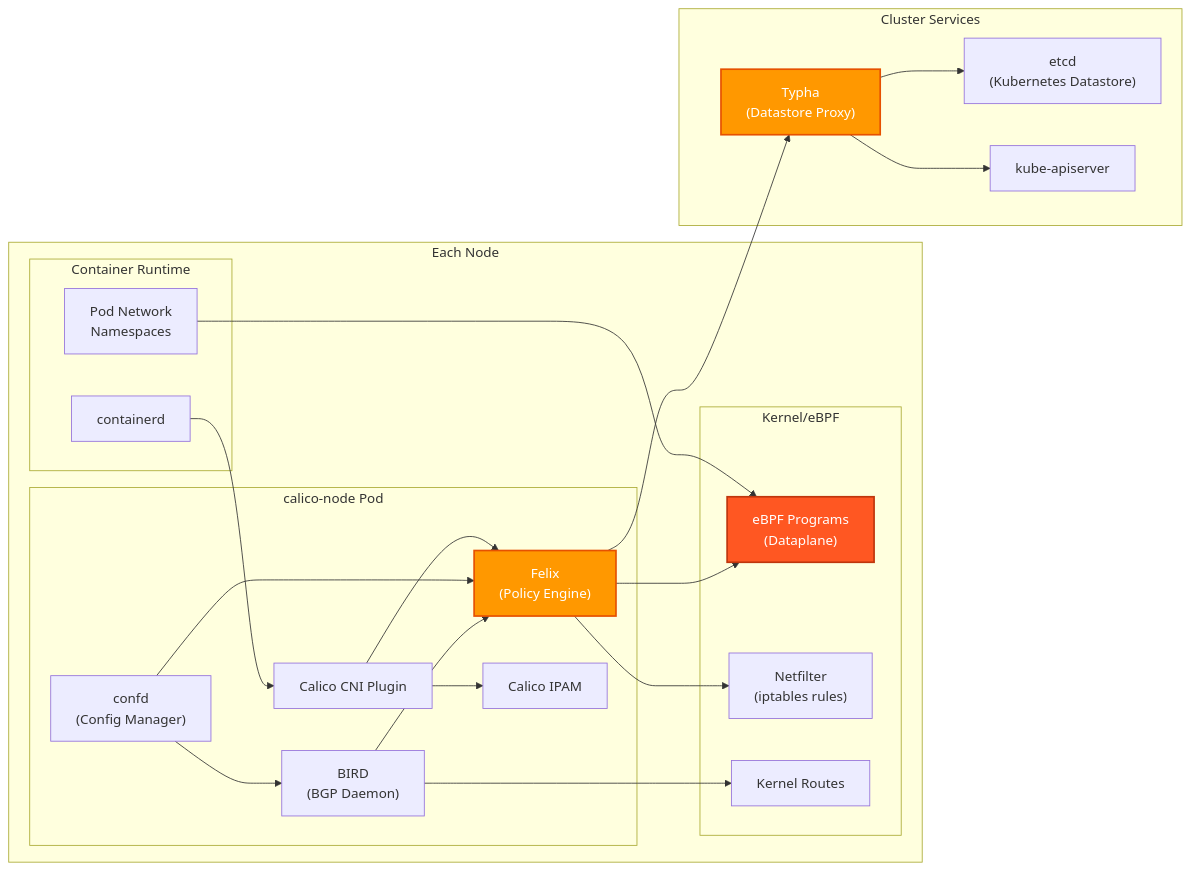
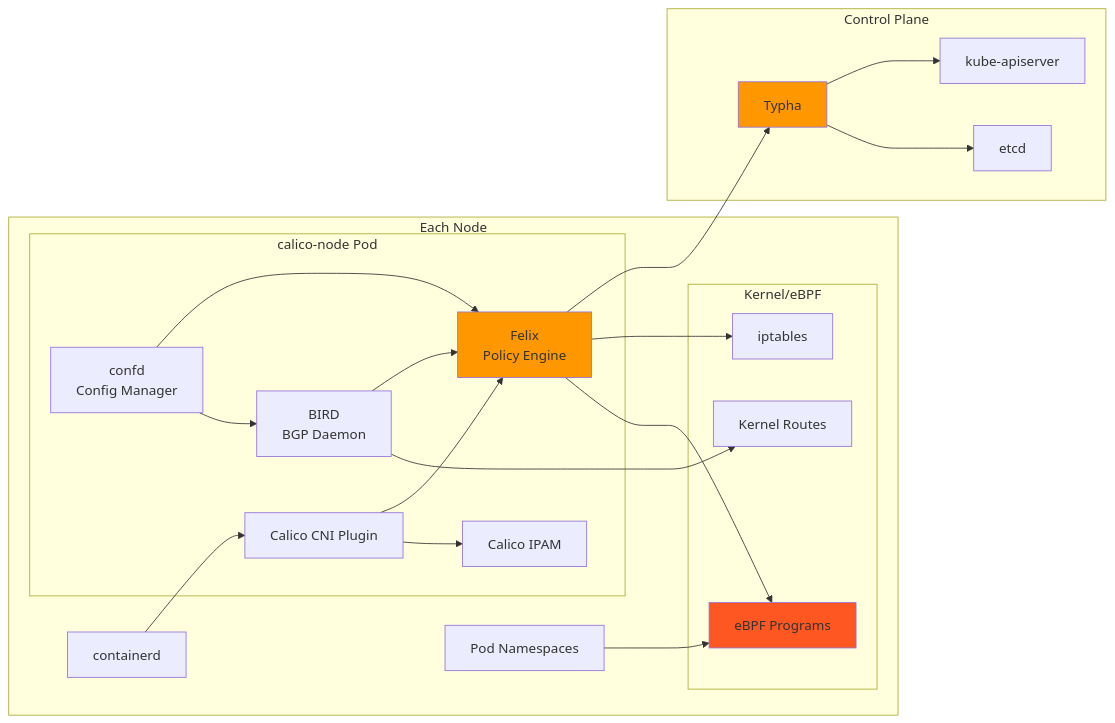
Before and after one commit to mkm29/uds-k3d-calico: the second of 3 diagrams in README.md, drawn with Mermaid. The commit also changed other lines of this file, not shown here.

Commit message:
fix: Update README to reflect package name change and enhance architecture diagrams

````diff
--- a/README.md
+++ b/README.md
@@ -166,48 +133,46 @@
 ```mermaid
 graph LR
-    subgraph "Each Node"
-        subgraph "calico-node Pod"
-            FELIX["Felix<br/>(Policy Engine)"]
-            BIRD["BIRD<br/>(BGP Daemon)"]
-            CONFD["confd<br/>(Config Manager)"]
-            CNI["Calico CNI Plugin"]
-            IPAM["Calico IPAM"]
+    subgraph node[Each Node]
+        subgraph pod[calico-node Pod]
+            FELIX[Felix<br/>Policy Engine]
+            BIRD[BIRD<br/>BGP Daemon]
+            CONFD[confd<br/>Config Manager]
+            CNI[Calico CNI Plugin]
+            IPAM[Calico IPAM]
         end
-
-        subgraph "Kernel/eBPF"
-            BPF["eBPF Programs<br/>(Dataplane)"]
-            NETFILTER["Netfilter<br/>(iptables rules)"]
-            ROUTES["Kernel Routes"]
+        
+        subgraph kernel[Kernel/eBPF]
+            BPF[eBPF Programs]
+            NETFILTER[iptables]
+            ROUTES[Kernel Routes]
         end
-
-        subgraph "Container Runtime"
-            CONTAINERD["containerd"]
-            PODS["Pod Network<br/>Namespaces"]
-        end
+        
+        CONTAINERD[containerd]
+        PODS[Pod Namespaces]
     end
-
-    subgraph "Cluster Services"
-        TYPHA2["Typha<br/>(Datastore Proxy)"]
-        ETCD2["etcd<br/>(Kubernetes Datastore)"]
-        APISERVER2["kube-apiserver"]
+    
+    subgraph control[Control Plane]
+        TYPHA2[Typha]
+        ETCD2[etcd]
+        APISERVER2[kube-apiserver]
     end
-
+    
     FELIX --> BPF
     FELIX --> NETFILTER
     FELIX --> TYPHA2
     BIRD --> ROUTES
     BIRD --> FELIX
     CONFD --> BIRD
     CONFD --> FELIX
     CNI --> IPAM
     CNI --> FELIX
     CONTAINERD --> CNI
     PODS --> BPF
-
+    
     TYPHA2 --> ETCD2
     TYPHA2 --> APISERVER2
-
-    style FELIX fill:#ff9800,stroke:#e65100,stroke-width:2px,color:#fff
-    style BPF fill:#ff5722,stroke:#bf360c,stroke-width:2px,color:#fff
-    style TYPHA2 fill:#ff9800,stroke:#e65100,stroke-width:2px,color:#fff
+    
+    style FELIX fill:#ff9800
+    style BPF fill:#ff5722
+    style TYPHA2 fill:#ff9800
 ```
````
